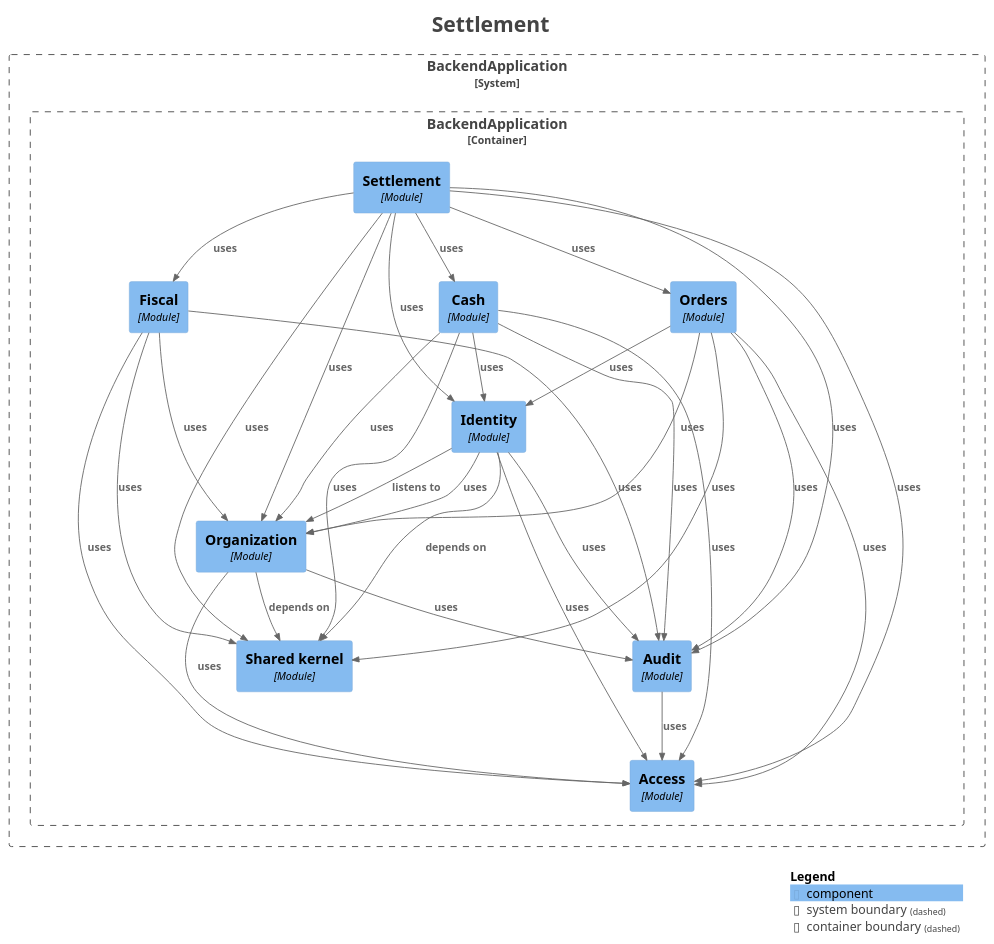
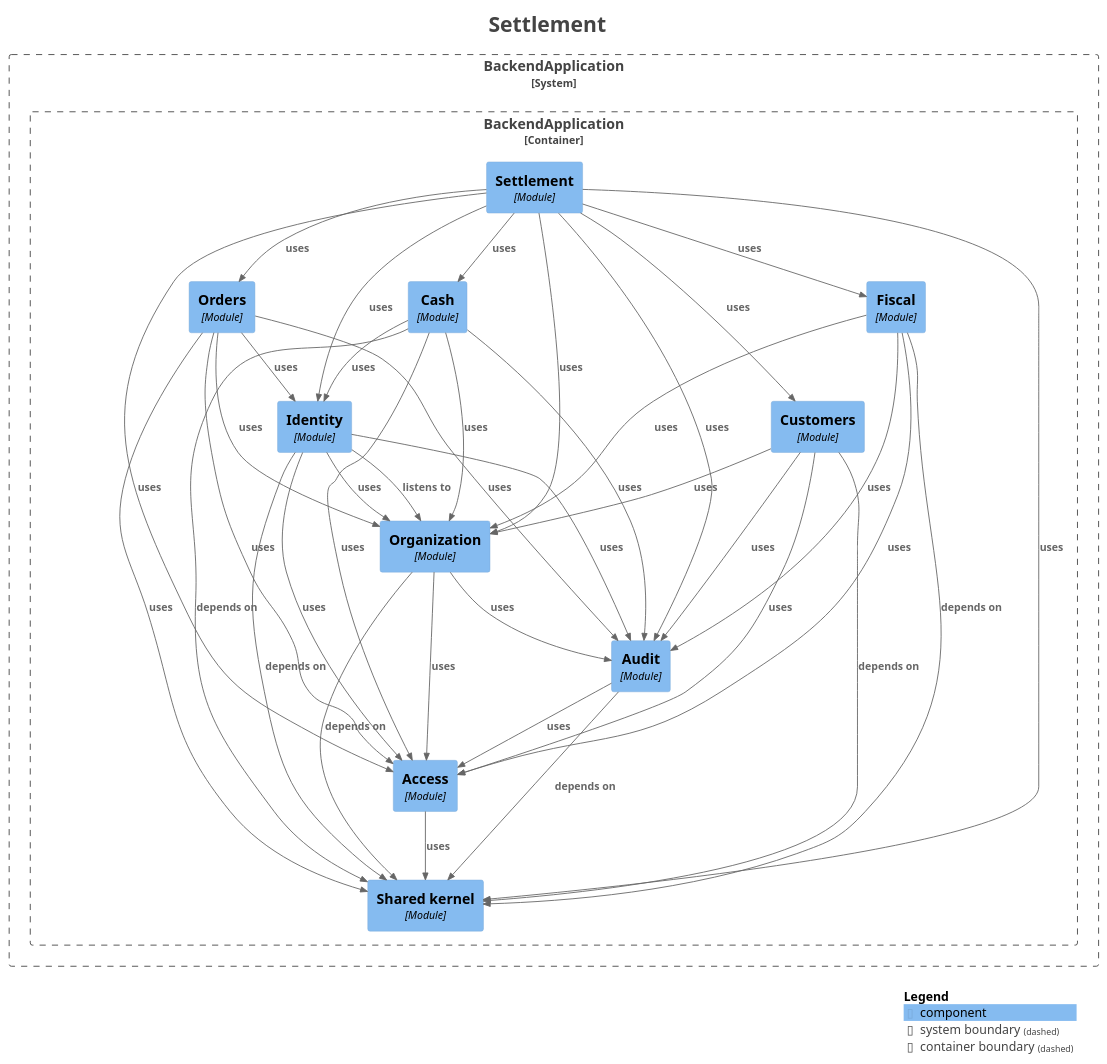
Before and after one commit to fxavier/restaurantePRO: the diagram in docs/architecture/modules/module-settlement.puml, drawn with PlantUML. The commit also changed 28 other files, not shown here.

First line of the commit message:
docs(architecture): regenerate the Modulith module docs for R3

```diff
--- a/docs/architecture/modules/module-settlement.puml
+++ b/docs/architecture/modules/module-settlement.puml
@@ -1,67 +1,75 @@
 @startuml
 title <size:24>Settlement</size>
 
 set separator none
 top to bottom direction
 
 <style>
   root {
     BackgroundColor: #ffffff
     FontColor: #444444
   }
 </style>
 
 !include <C4/C4>
 !include <C4/C4_Context>
 !include <C4/C4_Component>
 
 System_Boundary("BackendApplication_boundary", "BackendApplication", $tags="") {
   Container_Boundary("BackendApplication.BackendApplication_boundary", "BackendApplication", $tags="") {
     Component(BackendApplication.BackendApplication.Fiscal, "Fiscal", $techn="Module", $descr="", $tags="", $link="")
     Component(BackendApplication.BackendApplication.Identity, "Identity", $techn="Module", $descr="", $tags="", $link="")
     Component(BackendApplication.BackendApplication.Cash, "Cash", $techn="Module", $descr="", $tags="", $link="")
     Component(BackendApplication.BackendApplication.Orders, "Orders", $techn="Module", $descr="", $tags="", $link="")
     Component(BackendApplication.BackendApplication.Settlement, "Settlement", $techn="Module", $descr="", $tags="", $link="")
+    Component(BackendApplication.BackendApplication.Sharedkernel, "Shared kernel", $techn="Module", $descr="", $tags="", $link="")
     Component(BackendApplication.BackendApplication.Access, "Access", $techn="Module", $descr="", $tags="", $link="")
-    Component(BackendApplication.BackendApplication.Sharedkernel, "Shared kernel", $techn="Module", $descr="", $tags="", $link="")
     Component(BackendApplication.BackendApplication.Audit, "Audit", $techn="Module", $descr="", $tags="", $link="")
     Component(BackendApplication.BackendApplication.Organization, "Organization", $techn="Module", $descr="", $tags="", $link="")
+    Component(BackendApplication.BackendApplication.Customers, "Customers", $techn="Module", $descr="", $tags="", $link="")
   }
 
 }
 
+Rel(BackendApplication.BackendApplication.Settlement, BackendApplication.BackendApplication.Cash, "uses", $techn="", $tags="", $link="")
+Rel(BackendApplication.BackendApplication.Settlement, BackendApplication.BackendApplication.Access, "uses", $techn="", $tags="", $link="")
+Rel(BackendApplication.BackendApplication.Settlement, BackendApplication.BackendApplication.Organization, "uses", $techn="", $tags="", $link="")
+Rel(BackendApplication.BackendApplication.Settlement, BackendApplication.BackendApplication.Orders, "uses", $techn="", $tags="", $link="")
+Rel(BackendApplication.BackendApplication.Settlement, BackendApplication.BackendApplication.Fiscal, "uses", $techn="", $tags="", $link="")
+Rel(BackendApplication.BackendApplication.Settlement, BackendApplication.BackendApplication.Customers, "uses", $techn="", $tags="", $link="")
+Rel(BackendApplication.BackendApplication.Settlement, BackendApplication.BackendApplication.Audit, "uses", $techn="", $tags="", $link="")
+Rel(BackendApplication.BackendApplication.Settlement, BackendApplication.BackendApplication.Identity, "uses", $techn="", $tags="", $link="")
 Rel(BackendApplication.BackendApplication.Settlement, BackendApplication.BackendApplication.Sharedkernel, "uses", $techn="", $tags="", $link="")
-Rel(BackendApplication.BackendApplication.Settlement, BackendApplication.BackendApplication.Access, "uses", $techn="", $tags="", $link="")
-Rel(BackendApplication.BackendApplication.Settlement, BackendApplication.BackendApplication.Identity, "uses", $techn="", $tags="", $link="")
-Rel(BackendApplication.BackendApplication.Settlement, BackendApplication.BackendApplication.Orders, "uses", $techn="", $tags="", $link="")
-Rel(BackendApplication.BackendApplication.Settlement, BackendApplication.BackendApplication.Cash, "uses", $techn="", $tags="", $link="")
-Rel(BackendApplication.BackendApplication.Settlement, BackendApplication.BackendApplication.Fiscal, "uses", $techn="", $tags="", $link="")
-Rel(BackendApplication.BackendApplication.Settlement, BackendApplication.BackendApplication.Organization, "uses", $techn="", $tags="", $link="")
-Rel(BackendApplication.BackendApplication.Settlement, BackendApplication.BackendApplication.Audit, "uses", $techn="", $tags="", $link="")
-Rel(BackendApplication.BackendApplication.Audit, BackendApplication.BackendApplication.Access, "uses", $techn="", $tags="", $link="")
-Rel(BackendApplication.BackendApplication.Identity, BackendApplication.BackendApplication.Organization, "listens to", $techn="", $tags="", $link="")
-Rel(BackendApplication.BackendApplication.Identity, BackendApplication.BackendApplication.Sharedkernel, "depends on", $techn="", $tags="", $link="")
-Rel(BackendApplication.BackendApplication.Identity, BackendApplication.BackendApplication.Audit, "uses", $techn="", $tags="", $link="")
-Rel(BackendApplication.BackendApplication.Identity, BackendApplication.BackendApplication.Access, "uses", $techn="", $tags="", $link="")
-Rel(BackendApplication.BackendApplication.Identity, BackendApplication.BackendApplication.Organization, "uses", $techn="", $tags="", $link="")
-Rel(BackendApplication.BackendApplication.Fiscal, BackendApplication.BackendApplication.Sharedkernel, "uses", $techn="", $tags="", $link="")
-Rel(BackendApplication.BackendApplication.Fiscal, BackendApplication.BackendApplication.Access, "uses", $techn="", $tags="", $link="")
-Rel(BackendApplication.BackendApplication.Fiscal, BackendApplication.BackendApplication.Audit, "uses", $techn="", $tags="", $link="")
-Rel(BackendApplication.BackendApplication.Fiscal, BackendApplication.BackendApplication.Organization, "uses", $techn="", $tags="", $link="")
 Rel(BackendApplication.BackendApplication.Organization, BackendApplication.BackendApplication.Sharedkernel, "depends on", $techn="", $tags="", $link="")
 Rel(BackendApplication.BackendApplication.Organization, BackendApplication.BackendApplication.Audit, "uses", $techn="", $tags="", $link="")
 Rel(BackendApplication.BackendApplication.Organization, BackendApplication.BackendApplication.Access, "uses", $techn="", $tags="", $link="")
-Rel(BackendApplication.BackendApplication.Cash, BackendApplication.BackendApplication.Sharedkernel, "uses", $techn="", $tags="", $link="")
+Rel(BackendApplication.BackendApplication.Cash, BackendApplication.BackendApplication.Sharedkernel, "depends on", $techn="", $tags="", $link="")
 Rel(BackendApplication.BackendApplication.Cash, BackendApplication.BackendApplication.Access, "uses", $techn="", $tags="", $link="")
 Rel(BackendApplication.BackendApplication.Cash, BackendApplication.BackendApplication.Audit, "uses", $techn="", $tags="", $link="")
 Rel(BackendApplication.BackendApplication.Cash, BackendApplication.BackendApplication.Organization, "uses", $techn="", $tags="", $link="")
 Rel(BackendApplication.BackendApplication.Cash, BackendApplication.BackendApplication.Identity, "uses", $techn="", $tags="", $link="")
-Rel(BackendApplication.BackendApplication.Orders, BackendApplication.BackendApplication.Sharedkernel, "uses", $techn="", $tags="", $link="")
 Rel(BackendApplication.BackendApplication.Orders, BackendApplication.BackendApplication.Access, "uses", $techn="", $tags="", $link="")
 Rel(BackendApplication.BackendApplication.Orders, BackendApplication.BackendApplication.Identity, "uses", $techn="", $tags="", $link="")
 Rel(BackendApplication.BackendApplication.Orders, BackendApplication.BackendApplication.Audit, "uses", $techn="", $tags="", $link="")
+Rel(BackendApplication.BackendApplication.Orders, BackendApplication.BackendApplication.Sharedkernel, "uses", $techn="", $tags="", $link="")
 Rel(BackendApplication.BackendApplication.Orders, BackendApplication.BackendApplication.Organization, "uses", $techn="", $tags="", $link="")
+Rel(BackendApplication.BackendApplication.Audit, BackendApplication.BackendApplication.Sharedkernel, "depends on", $techn="", $tags="", $link="")
+Rel(BackendApplication.BackendApplication.Audit, BackendApplication.BackendApplication.Access, "uses", $techn="", $tags="", $link="")
+Rel(BackendApplication.BackendApplication.Access, BackendApplication.BackendApplication.Sharedkernel, "uses", $techn="", $tags="", $link="")
+Rel(BackendApplication.BackendApplication.Fiscal, BackendApplication.BackendApplication.Sharedkernel, "depends on", $techn="", $tags="", $link="")
+Rel(BackendApplication.BackendApplication.Fiscal, BackendApplication.BackendApplication.Access, "uses", $techn="", $tags="", $link="")
+Rel(BackendApplication.BackendApplication.Fiscal, BackendApplication.BackendApplication.Organization, "uses", $techn="", $tags="", $link="")
+Rel(BackendApplication.BackendApplication.Fiscal, BackendApplication.BackendApplication.Audit, "uses", $techn="", $tags="", $link="")
+Rel(BackendApplication.BackendApplication.Customers, BackendApplication.BackendApplication.Sharedkernel, "depends on", $techn="", $tags="", $link="")
+Rel(BackendApplication.BackendApplication.Customers, BackendApplication.BackendApplication.Access, "uses", $techn="", $tags="", $link="")
+Rel(BackendApplication.BackendApplication.Customers, BackendApplication.BackendApplication.Organization, "uses", $techn="", $tags="", $link="")
+Rel(BackendApplication.BackendApplication.Customers, BackendApplication.BackendApplication.Audit, "uses", $techn="", $tags="", $link="")
+Rel(BackendApplication.BackendApplication.Identity, BackendApplication.BackendApplication.Organization, "listens to", $techn="", $tags="", $link="")
+Rel(BackendApplication.BackendApplication.Identity, BackendApplication.BackendApplication.Sharedkernel, "depends on", $techn="", $tags="", $link="")
+Rel(BackendApplication.BackendApplication.Identity, BackendApplication.BackendApplication.Access, "uses", $techn="", $tags="", $link="")
+Rel(BackendApplication.BackendApplication.Identity, BackendApplication.BackendApplication.Audit, "uses", $techn="", $tags="", $link="")
+Rel(BackendApplication.BackendApplication.Identity, BackendApplication.BackendApplication.Organization, "uses", $techn="", $tags="", $link="")
 
 SHOW_LEGEND(true)
 hide stereotypes
 @enduml
```
